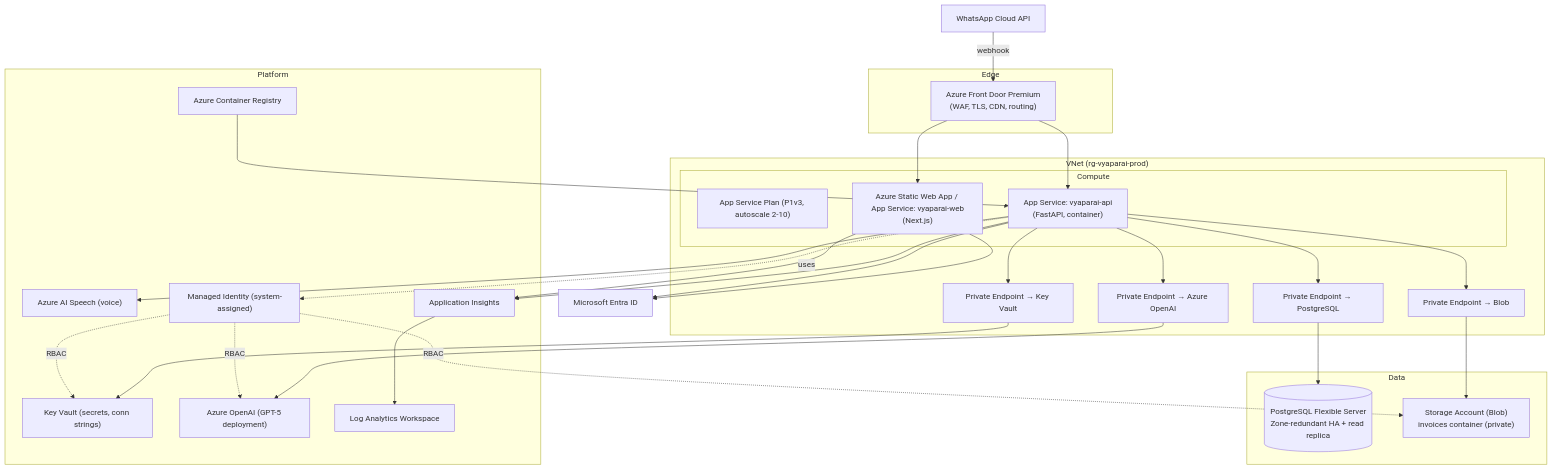
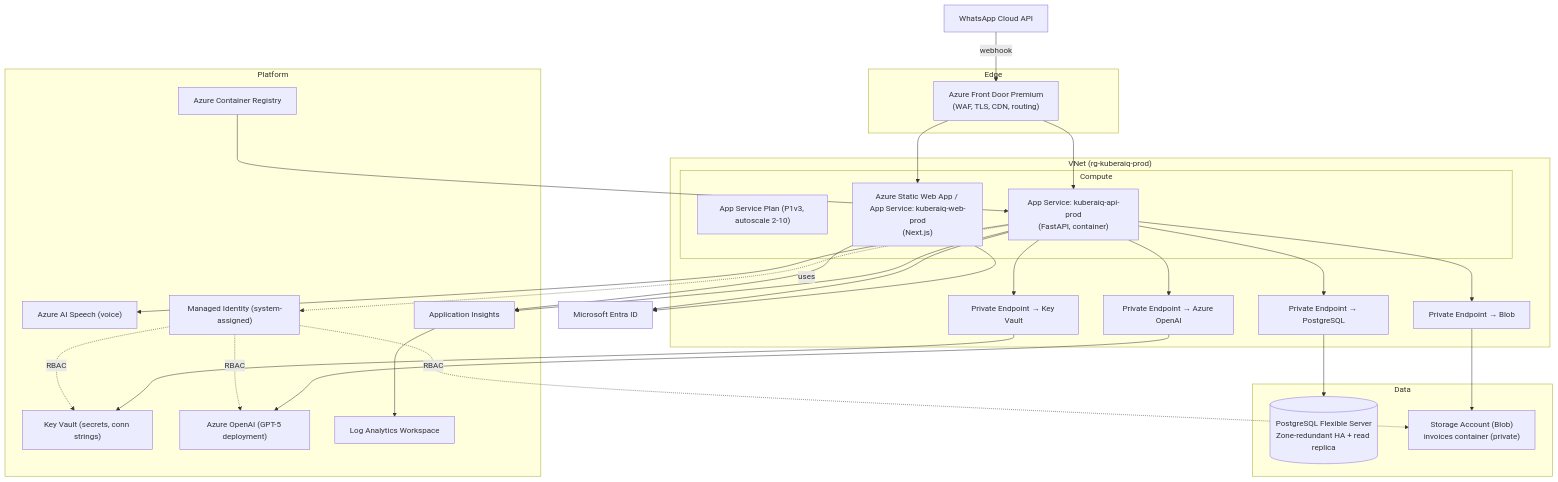
One commit to VinayKDH/KuberAIQ changed the diagram in docs/11-azure-architecture.md. Above: the diagram before and after it, drawn with Mermaid. The commit also changed other lines of this file and 287 other files, not shown here.

````diff
--- a/docs/11-azure-architecture.md
+++ b/docs/11-azure-architecture.md
@@ -7,50 +7,50 @@
 ```mermaid
 graph TB
     subgraph Edge
         FD["Azure Front Door Premium\n(WAF, TLS, CDN, routing)"]
     end
-    subgraph Net["VNet (rg-vyaparai-prod)"]
+    subgraph Net["VNet (rg-kuberaiq-prod)"]
         subgraph Compute
             ASP["App Service Plan (P1v3, autoscale 2-10)"]
-            API["App Service: vyaparai-api\n(FastAPI, container)"]
-            WEB["Azure Static Web App / App Service: vyaparai-web\n(Next.js)"]
+            API["App Service: kuberaiq-api-prod\n(FastAPI, container)"]
+            WEB["Azure Static Web App / App Service: kuberaiq-web-prod\n(Next.js)"]
         end
         PE1["Private Endpoint → PostgreSQL"]
         PE2["Private Endpoint → Blob"]
         PE3["Private Endpoint → Key Vault"]
         PE4["Private Endpoint → Azure OpenAI"]
     end
     subgraph Data
         PG[("PostgreSQL Flexible Server\nZone-redundant HA + read replica")]
         BLOB["Storage Account (Blob)\ninvoices container (private)"]
     end
     subgraph Platform
         KV["Key Vault (secrets, conn strings)"]
         AOAI["Azure OpenAI (GPT-5 deployment)"]
         SPEECH["Azure AI Speech (voice)"]
         ACR["Azure Container Registry"]
         AI2["Application Insights"]
         LAW["Log Analytics Workspace"]
         MI["Managed Identity (system-assigned)"]
     end
     WA["WhatsApp Cloud API"]
     ENTRA["Microsoft Entra ID"]
 
     FD --> WEB
     FD --> API
     WA -->|webhook| FD
     API --> PE1 --> PG
     API --> PE2 --> BLOB
     API --> PE3 --> KV
     API --> PE4 --> AOAI
     API --> SPEECH
     API --> AI2 --> LAW
     WEB --> AI2
     API -. uses .-> MI
     MI -. RBAC .-> KV
     MI -. RBAC .-> BLOB
     MI -. RBAC .-> AOAI
     ACR --> API
     WEB --> ENTRA
     API --> ENTRA
 ```
````
